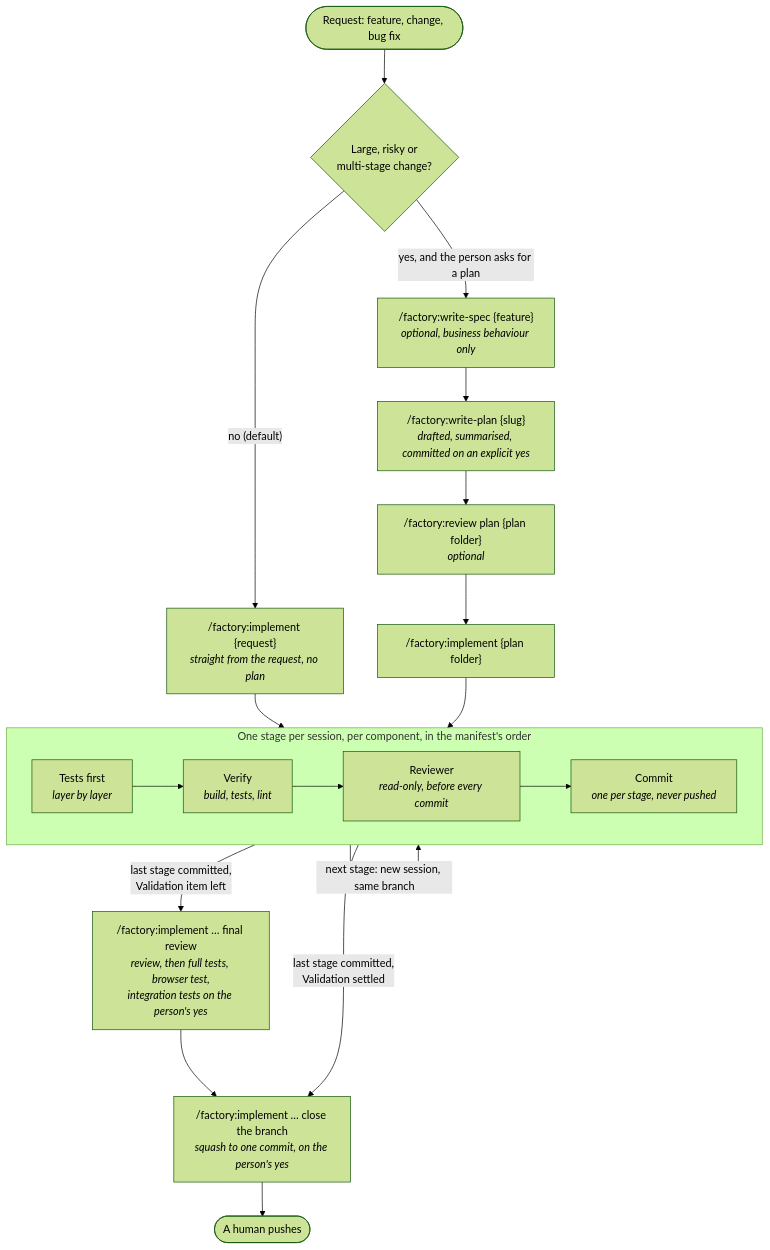
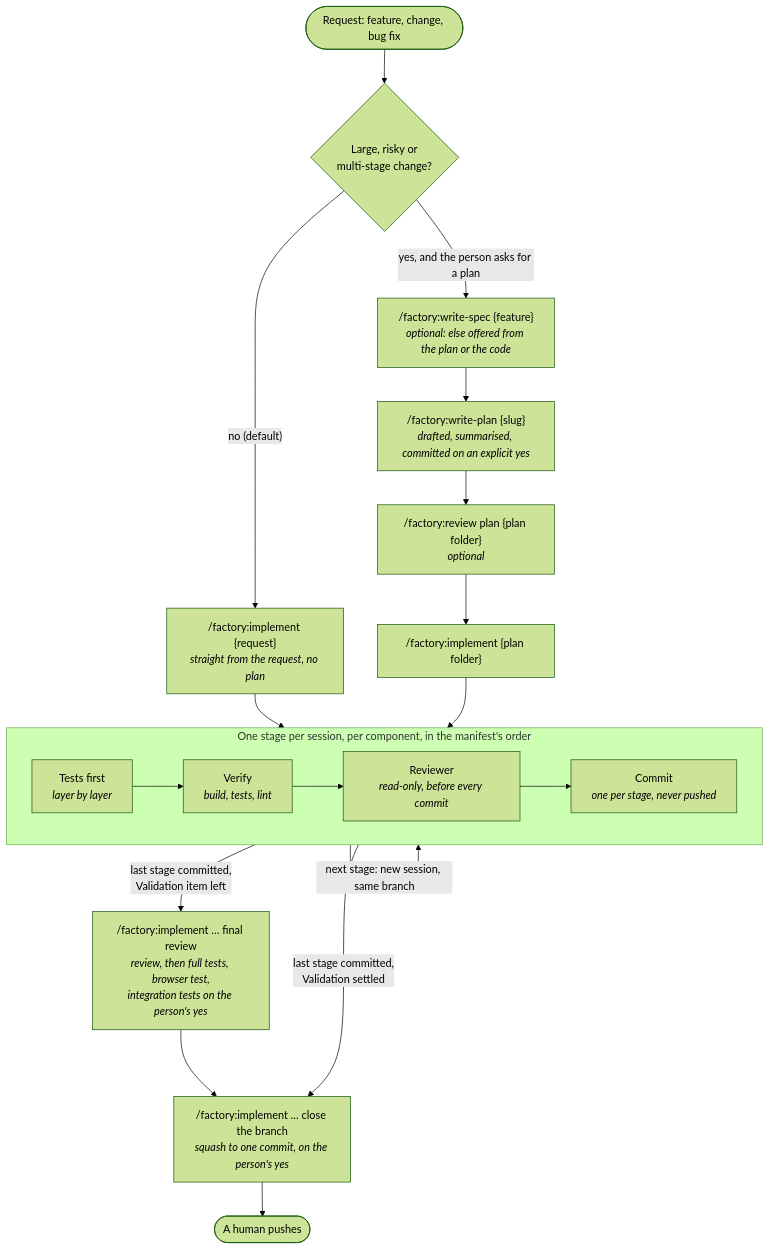
Before and after one commit to Seloris/web-factory: the diagram in plugins/factory/docs/flow.md, drawn with Mermaid (forest theme). The commit also changed other lines of this file and 14 other files, not shown here.

````diff
--- a/plugins/factory/docs/flow.md
+++ b/plugins/factory/docs/flow.md
@@ -5,40 +5,40 @@
 ```mermaid
 flowchart TD
     request([Request: feature, change, bug fix])
     decide{Large, risky or<br/>multi-stage change?}
 
     request --> decide
     decide -- "no (default)" --> implDirect
     decide -- "yes, and the person asks for a plan" --> spec
 
     implDirect["/factory:implement {request}<br/><i>straight from the request, no plan</i>"]
 
-    spec["/factory:write-spec {feature}<br/><i>optional, business behaviour only</i>"]
+    spec["/factory:write-spec {feature}<br/><i>optional: else offered from the plan or the code</i>"]
     plan["/factory:write-plan {slug}<br/><i>drafted, summarised, committed on an explicit yes</i>"]
     reviewPlan["/factory:review plan {plan folder}<br/><i>optional</i>"]
     implPlan["/factory:implement {plan folder}"]
 
     spec --> plan --> reviewPlan --> implPlan
 
     subgraph stage["One stage per session, per component, in the manifest's order"]
         direction LR
         tests["Tests first<br/><i>layer by layer</i>"]
         verify["Verify<br/><i>build, tests, lint</i>"]
         review["Reviewer<br/><i>read-only, before every commit</i>"]
         commit["Commit<br/><i>one per stage, never pushed</i>"]
         tests --> verify --> review --> commit
     end
 
     implDirect --> stage
     implPlan --> stage
     stage -- "next stage: new session, same branch" --> stage
     stage -- "last stage committed,<br/>Validation item left" --> final
     stage -- "last stage committed,<br/>Validation settled" --> close
     final["/factory:implement … final review<br/><i>review, then full tests, browser test,<br/>integration tests on the person's yes</i>"]
     final --> close
 
     close["/factory:implement … close the branch<br/><i>squash to one commit, on the person's yes</i>"]
     push([A human pushes])
 
     close --> push
 ```
````
